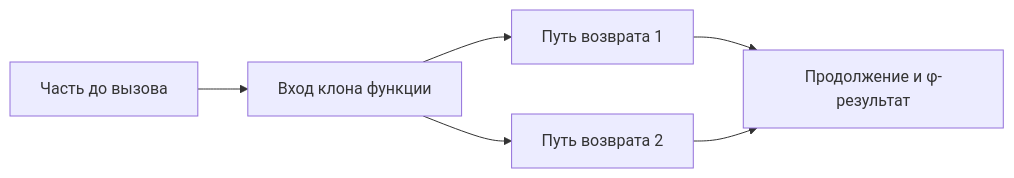
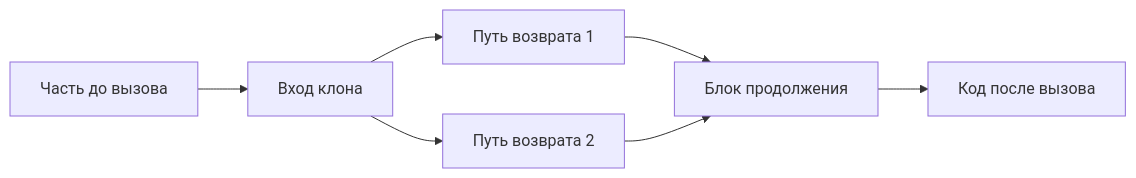
Before and after one commit to Misha1302/Middle-end-compiler-cource: the diagram in docs/modules/11-inlining.md, drawn with Mermaid. The commit also changed other lines of this file and 6 other files, not shown here.

````diff
--- a/docs/modules/11-inlining.md
+++ b/docs/modules/11-inlining.md
@@ -31,8 +38,9 @@
 ```mermaid
 flowchart LR
-  BEFORE[Часть до вызова] --> ENTRY[Вход клона функции]
+  BEFORE[Часть до вызова] --> ENTRY[Вход клона]
   ENTRY --> R1[Путь возврата 1]
   ENTRY --> R2[Путь возврата 2]
-  R1 --> CONT[Продолжение и φ-результат]
+  R1 --> CONT[Блок продолжения]
   R2 --> CONT
+  CONT --> AFTER[Код после вызова]
 ```
````
